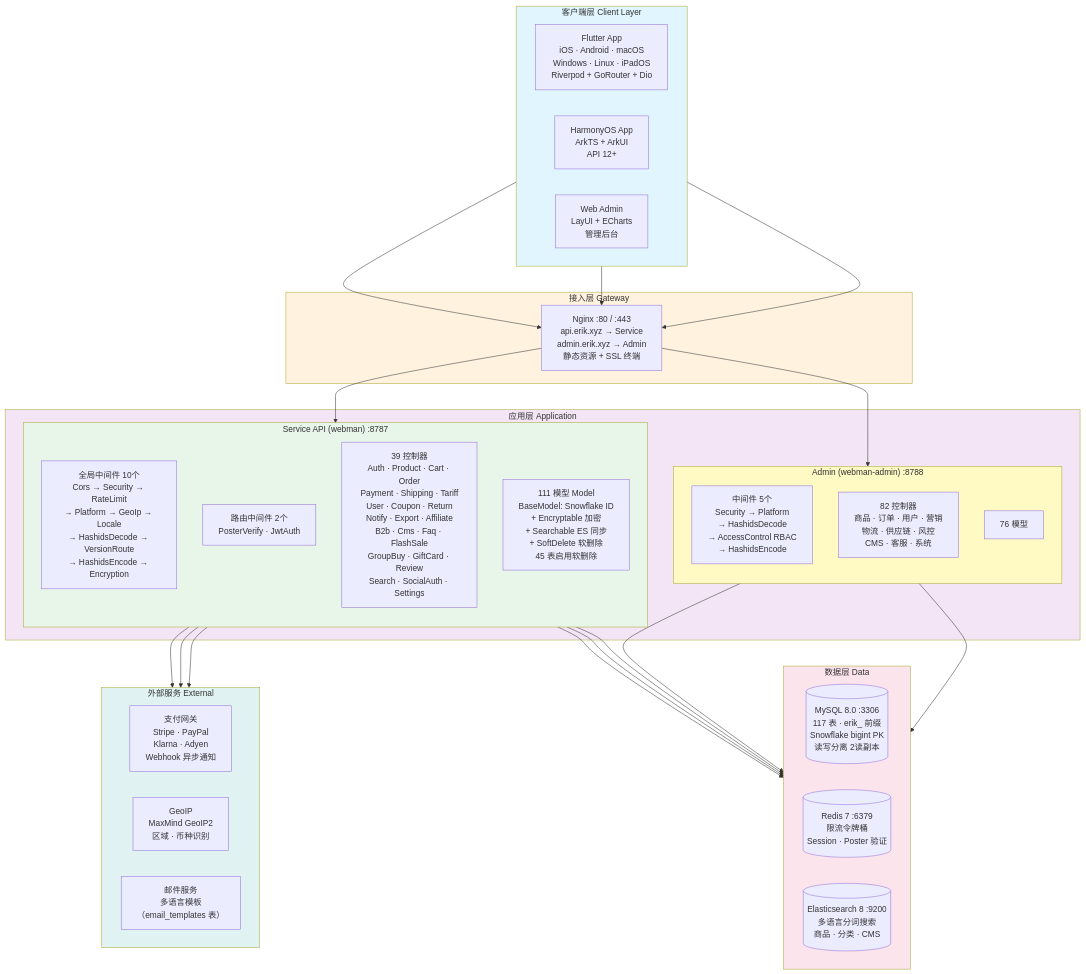
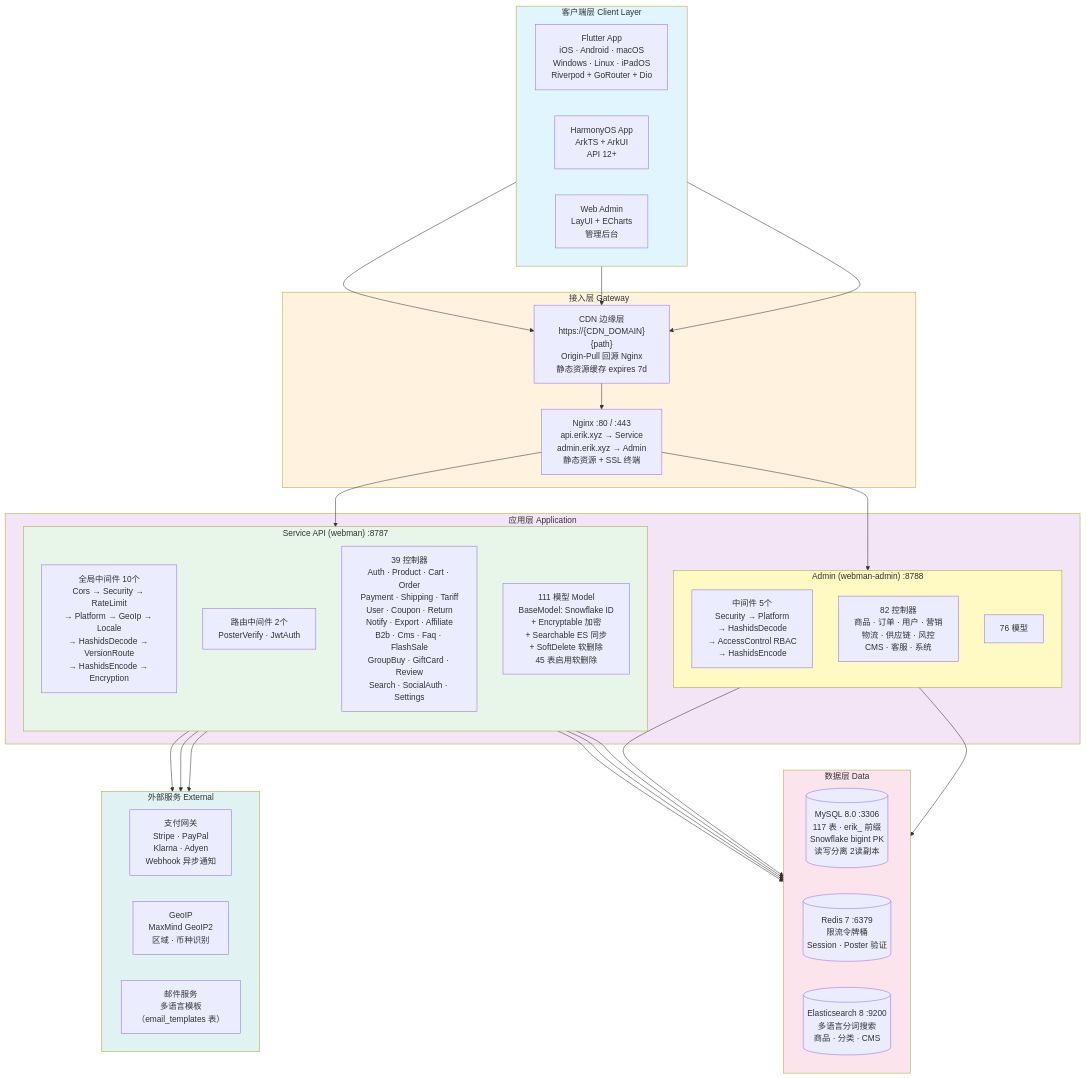
Before and after one commit to erikwang2013/erik-shop: the diagram in docs/01-system-architecture.mmd, drawn with Mermaid. The commit also changed 191 other files, not shown here.

First line of the commit message:
v1.2.0：CDN 内容分发接入（Origin-Pull 回源 + 四大云厂商适配 + 管理端配置/刷新/日志 + 上传持久化 + 全文档与12语言i18n同步 + Crypto 捐赠图文入库）

```diff
--- a/docs/01-system-architecture.mmd
+++ b/docs/01-system-architecture.mmd
@@ -1,63 +1,65 @@
 graph TB
     subgraph Clients["客户端层 Client Layer"]
         direction LR
         FL["Flutter App<br/>iOS · Android · macOS<br/>Windows · Linux · iPadOS<br/>Riverpod + GoRouter + Dio"]
         HM["HarmonyOS App<br/>ArkTS + ArkUI<br/>API 12+"]
         WB["Web Admin<br/>LayUI + ECharts<br/>管理后台"]
     end
 
     subgraph Gateway["接入层 Gateway"]
+        CDN["CDN 边缘层<br/>https://{CDN_DOMAIN}{path}<br/>Origin-Pull 回源 Nginx<br/>静态资源缓存 expires 7d"]
         NG["Nginx :80 / :443<br/>api.erik.xyz → Service<br/>admin.erik.xyz → Admin<br/>静态资源 + SSL 终端"]
     end
 
     subgraph Apps["应用层 Application"]
         subgraph Service["Service API (webman) :8787"]
             direction TB
             MW["全局中间件 10个<br/>Cors → Security → RateLimit<br/>→ Platform → GeoIp → Locale<br/>→ HashidsDecode → VersionRoute<br/>→ HashidsEncode → Encryption"]
             RT["路由中间件 2个<br/>PosterVerify · JwtAuth"]
             CTRL["39 控制器<br/>Auth · Product · Cart · Order<br/>Payment · Shipping · Tariff<br/>User · Coupon · Return<br/>Notify · Export · Affiliate<br/>B2b · Cms · Faq · FlashSale<br/>GroupBuy · GiftCard · Review<br/>Search · SocialAuth · Settings"]
             MDL["111 模型 Model<br/>BaseModel: Snowflake ID<br/>+ Encryptable 加密<br/>+ Searchable ES 同步<br/>+ SoftDelete 软删除<br/>45 表启用软删除"]
         end
         subgraph Admin["Admin (webman-admin) :8788"]
             direction TB
             AMW["中间件 5个<br/>Security → Platform<br/>→ HashidsDecode<br/>→ AccessControl RBAC<br/>→ HashidsEncode"]
             ACTRL["82 控制器<br/>商品 · 订单 · 用户 · 营销<br/>物流 · 供应链 · 风控<br/>CMS · 客服 · 系统"]
             AMDL["76 模型"]
         end
     end
 
     subgraph Data["数据层 Data"]
         direction LR
         MySQL[("MySQL 8.0 :3306<br/>117 表 · erik_ 前缀<br/>Snowflake bigint PK<br/>读写分离 2读副本")]
         Redis[("Redis 7 :6379<br/>限流令牌桶<br/>Session · Poster 验证")]
         ES[("Elasticsearch 8 :9200<br/>多语言分词搜索<br/>商品 · 分类 · CMS")]
     end
 
     subgraph External["外部服务 External"]
         direction LR
         Pay["支付网关<br/>Stripe · PayPal<br/>Klarna · Adyen<br/>Webhook 异步通知"]
         Geo["GeoIP<br/>MaxMind GeoIP2<br/>区域 · 币种识别"]
         Email["邮件服务<br/>多语言模板<br/>（email_templates 表）"]
     end
 
-    FL --> NG
-    HM --> NG
-    WB --> NG
+    FL --> CDN
+    HM --> CDN
+    WB --> CDN
+    CDN --> NG
     NG --> Service
     NG --> Admin
     Service --> MySQL
     Service --> Redis
     Service --> ES
     Service --> Pay
     Service --> Geo
     Service --> Email
     Admin --> MySQL
     Admin --> Redis
 
     style Clients fill:#e1f5fe
     style Gateway fill:#fff3e0
     style Apps fill:#f3e5f5
     style Service fill:#e8f5e9
     style Admin fill:#fff9c4
     style Data fill:#fce4ec
     style External fill:#e0f2f1
```
